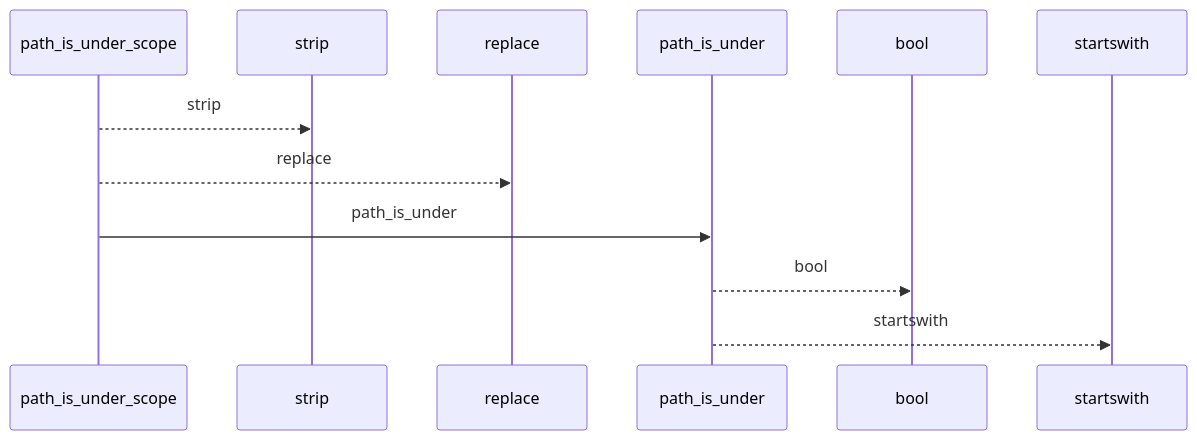
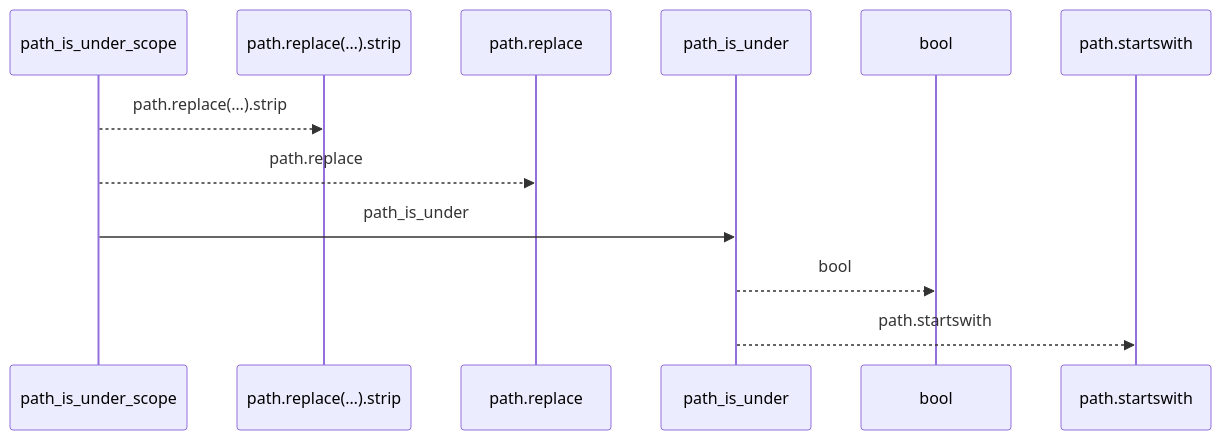
Before and after one commit to Denissvgn/python-wiki-llm: the first of 2 diagrams in docs/llm_wiki/flows/api-path_is_under_scope.md, drawn with Mermaid. The commit also changed other lines of this file and 719 other files, not shown here.

````diff
--- a/docs/llm_wiki/flows/api-path_is_under_scope.md
+++ b/docs/llm_wiki/flows/api-path_is_under_scope.md
@@ -10,14 +10,14 @@
 ```mermaid
 sequenceDiagram
     participant p0 as path_is_under_scope
-    participant p1 as strip
-    participant p2 as replace
+    participant p1 as path.replace(…).strip
+    participant p2 as path.replace
     participant p3 as path_is_under
     participant p4 as bool
-    participant p5 as startswith
-    p0-->>p1: strip
-    p0-->>p2: replace
+    participant p5 as path.startswith
+    p0-->>p1: path.replace(…).strip
+    p0-->>p2: path.replace
     p0->>p3: path_is_under
     p3-->>p4: bool
-    p3-->>p5: startswith
+    p3-->>p5: path.startswith
 ```
````
